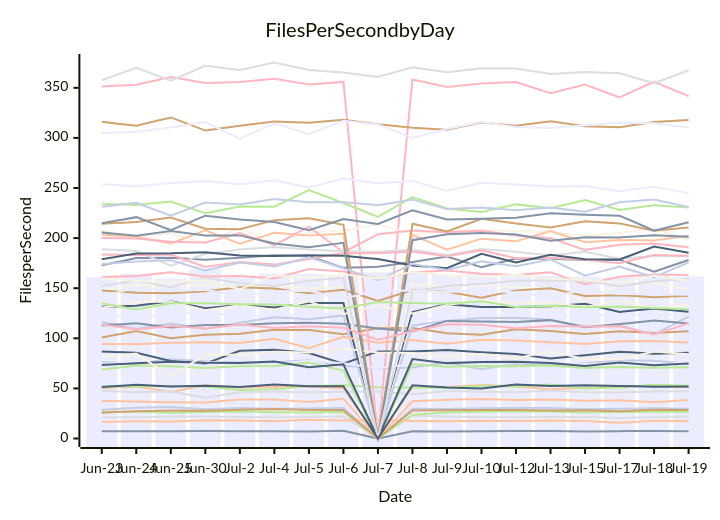
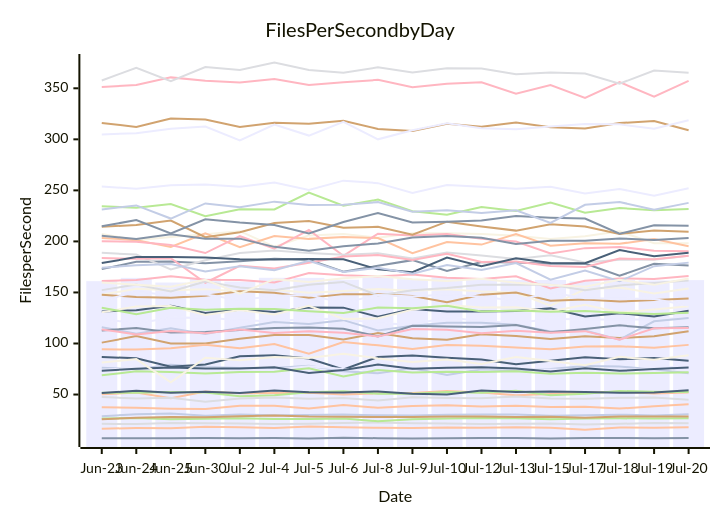
The diagram in perf-report.md (streetsidesoftware/cspell), drawn with Mermaid before and after one commit. The commit also changed other lines of this file and 1 other file, not shown here.

````diff
--- a/perf-report.md
+++ b/perf-report.md
@@ -10,57 +10,57 @@
 ```mermaid
 xychart-beta
     title Files Per Second by Day
     y-axis Files per Second
-    x-axis Date [Jun-23, Jun-24, Jun-25, Jun-30, Jul-2, Jul-4, Jul-5, Jul-6, Jul-7, Jul-8, Jul-9, Jul-10, Jul-12, Jul-13, Jul-15, Jul-17, Jul-18, Jul-19]
-    bar [161.06, 164.28, 159.75, 168.95, 160.66, 164.38, 164.27, 162.48, 165.90, 164.83, 163.05, 164.68, 163.19, 162.43, 161.66, 160.81, 162.11, 161.80]
-    line [7.12, 7.22, 7.17, 7.37, 7.23, 7.36, 6.99, 7.61, 0.00, 7.24, 7.01, 7.27, 7.49, 7.49, 6.93, 7.35, 7.41, 7.13]
-    line [50.23, 51.87, 46.40, 53.06, 51.19, 51.40, 51.86, 50.10, 0.00, 51.21, 51.39, 53.37, 51.98, 49.24, 50.53, 52.10, 52.76, 51.07]
-    line [21.30, 21.15, 22.00, 21.90, 21.51, 21.13, 21.43, 22.00, 0.00, 22.72, 21.87, 21.57, 21.20, 21.36, 21.51, 20.58, 21.30, 22.19]
-    line [51.73, 51.82, 52.39, 52.00, 48.43, 49.22, 52.34, 53.26, 51.10, 50.86, 50.66, 52.36, 51.79, 53.82, 50.00, 50.85, 53.53, 52.69]
-    line [100.84, 107.27, 100.09, 103.62, 104.63, 108.43, 108.27, 103.96, 110.08, 110.20, 105.06, 103.60, 109.02, 107.38, 104.33, 107.04, 105.42, 107.07]
-    line [76.22, 74.88, 79.14, 76.99, 75.88, 76.09, 78.08, 72.78, 69.82, 70.79, 75.77, 69.10, 74.66, 73.66, 75.08, 77.97, 77.53, 74.65]
-    line [351.35, 353.13, 360.69, 354.83, 355.80, 359.03, 353.22, 355.88, 0.00, 358.26, 350.93, 354.34, 355.82, 344.62, 353.27, 340.52, 356.06, 341.72]
-    line [131.39, 132.60, 136.92, 129.95, 133.16, 130.87, 135.23, 135.13, 0.00, 126.22, 133.87, 131.35, 131.34, 131.95, 134.40, 126.35, 129.62, 126.47]
-    line [207.28, 201.26, 204.34, 194.65, 210.00, 194.85, 205.89, 207.36, 213.92, 203.52, 207.94, 208.03, 207.20, 205.62, 202.63, 205.11, 209.83, 198.16]
-    line [124.29, 119.55, 125.16, 125.39, 122.70, 121.73, 124.30, 123.97, 0.00, 119.80, 118.70, 125.49, 121.97, 119.76, 122.93, 123.39, 123.52, 123.46]
-    line [172.84, 180.05, 180.38, 178.52, 180.47, 182.90, 182.10, 170.31, 171.39, 176.15, 181.65, 170.98, 179.72, 179.37, 178.07, 178.35, 166.36, 178.14]
-    line [203.46, 201.26, 194.60, 207.89, 194.40, 205.29, 202.49, 204.26, 0.00, 203.31, 188.55, 199.47, 196.87, 207.15, 195.83, 198.09, 197.68, 202.31]
-    line [47.61, 46.18, 46.86, 40.79, 46.17, 47.03, 45.86, 46.70, 46.74, 44.23, 47.36, 46.58, 46.27, 47.99, 46.18, 45.89, 46.88, 47.09]
-    line [26.60, 26.95, 25.71, 26.35, 26.84, 26.11, 26.06, 26.52, 0.00, 23.76, 25.86, 26.61, 27.13, 26.83, 25.90, 26.40, 26.69, 26.50]
-    line [316.02, 312.10, 320.45, 307.34, 312.08, 316.35, 315.20, 318.22, 313.66, 310.11, 308.24, 315.35, 312.26, 316.54, 311.74, 310.63, 315.98, 317.85]
-    line [116.01, 109.65, 114.81, 109.29, 115.47, 121.09, 119.06, 122.86, 0.00, 112.77, 117.49, 120.30, 120.41, 118.48, 111.84, 112.66, 103.82, 121.72]
-    line [200.19, 199.73, 196.39, 195.67, 205.11, 192.90, 211.35, 185.93, 203.88, 207.58, 205.87, 207.35, 202.66, 199.84, 188.27, 193.42, 194.63, 190.82]
-    line [86.88, 85.49, 77.34, 74.76, 87.51, 88.59, 85.26, 74.62, 86.95, 86.80, 88.24, 86.00, 84.39, 79.74, 83.17, 86.61, 84.55, 85.67]
-    line [130.59, 136.24, 136.67, 127.99, 132.91, 128.52, 136.97, 123.97, 132.77, 124.67, 133.15, 137.66, 135.26, 135.39, 131.25, 137.83, 130.35, 133.37]
-    line [74.26, 76.13, 73.45, 76.23, 74.07, 74.35, 77.62, 75.07, 70.03, 74.46, 78.13, 73.01, 75.98, 75.26, 74.39, 74.57, 72.87, 76.84]
-    line [112.71, 115.12, 110.67, 113.20, 113.18, 115.07, 115.63, 114.45, 109.79, 106.87, 117.37, 116.66, 116.21, 118.14, 111.02, 114.16, 117.75, 114.86]
-    line [94.35, 94.02, 95.44, 96.15, 95.34, 99.55, 90.07, 101.41, 95.54, 98.21, 94.52, 98.50, 97.78, 96.17, 94.33, 97.04, 97.24, 95.75]
-    line [188.80, 187.17, 172.53, 184.06, 188.67, 191.18, 188.53, 186.82, 186.30, 188.38, 183.25, 189.14, 186.31, 182.67, 186.39, 179.31, 182.07, 181.92]
-    line [234.34, 233.01, 236.58, 224.78, 231.59, 231.28, 247.94, 235.03, 221.17, 240.95, 229.51, 226.18, 233.66, 229.73, 238.10, 228.16, 232.72, 230.57]
-    line [214.37, 216.02, 220.47, 209.37, 208.94, 217.94, 219.88, 213.33, 0.00, 214.36, 206.61, 219.33, 214.62, 210.58, 216.81, 214.69, 207.39, 210.58]
-    line [28.80, 30.64, 31.41, 29.25, 30.37, 29.62, 29.89, 30.35, 0.00, 29.68, 29.34, 30.24, 30.35, 30.53, 29.15, 29.59, 30.29, 29.57]
-    line [183.71, 182.95, 183.62, 171.28, 176.05, 173.54, 179.14, 185.15, 184.99, 186.71, 181.92, 187.82, 179.82, 180.43, 178.37, 174.98, 183.26, 182.49]
-    line [178.80, 184.67, 184.84, 185.79, 182.56, 182.17, 182.82, 182.50, 179.12, 172.62, 169.88, 184.28, 175.71, 183.39, 178.90, 178.60, 191.51, 185.47]
-    line [147.83, 153.51, 152.15, 153.26, 150.82, 152.56, 149.61, 151.37, 0.00, 153.34, 151.79, 153.10, 150.91, 149.71, 136.98, 153.14, 154.96, 149.05]
-    line [304.83, 306.07, 310.41, 315.81, 298.93, 314.56, 303.69, 317.11, 313.48, 300.01, 308.91, 315.76, 310.85, 309.84, 312.53, 315.03, 314.69, 310.30]
-    line [214.79, 220.92, 207.92, 222.39, 218.49, 216.06, 207.77, 218.95, 214.11, 227.80, 218.56, 219.23, 220.42, 224.78, 223.29, 222.43, 207.49, 215.75]
-    line [16.59, 17.11, 17.00, 18.16, 17.94, 17.30, 18.64, 18.07, 18.36, 17.45, 17.16, 17.77, 17.48, 17.96, 17.52, 15.60, 17.77, 17.44]
-    line [357.60, 370.08, 357.07, 371.96, 367.90, 375.27, 367.85, 365.20, 360.83, 370.59, 365.59, 369.56, 369.35, 363.79, 365.85, 364.51, 354.54, 367.49]
-    line [68.82, 72.77, 72.13, 70.38, 72.17, 72.40, 75.76, 67.72, 0.00, 74.05, 71.58, 72.37, 72.08, 72.80, 70.30, 71.38, 70.52, 71.04]
-    line [147.78, 145.47, 144.87, 146.87, 151.06, 149.73, 144.88, 148.36, 137.35, 148.23, 146.43, 140.41, 147.84, 149.86, 142.29, 143.07, 141.02, 142.51]
-    line [231.36, 235.26, 222.40, 235.59, 233.45, 238.97, 235.75, 235.89, 232.86, 238.48, 229.00, 230.57, 227.85, 230.59, 226.26, 235.84, 238.63, 231.13]
-    line [161.29, 162.24, 165.87, 161.72, 162.26, 159.82, 169.05, 166.75, 159.60, 165.64, 167.61, 164.48, 163.07, 165.84, 153.93, 161.48, 163.65, 163.25]
-    line [73.34, 75.14, 76.59, 75.51, 75.45, 76.79, 71.21, 73.99, 0.00, 79.33, 75.23, 76.27, 76.63, 75.41, 72.48, 75.77, 73.22, 74.96]
-    line [81.29, 84.76, 61.88, 83.73, 83.48, 86.69, 85.83, 89.91, 85.92, 85.41, 81.93, 84.31, 79.99, 86.85, 79.35, 78.74, 86.89, 84.13]
-    line [253.77, 251.67, 255.05, 257.07, 253.64, 257.67, 250.47, 259.54, 254.67, 257.07, 247.35, 255.25, 253.55, 251.59, 252.00, 246.87, 251.37, 244.82]
-    line [205.60, 202.43, 207.02, 202.54, 202.72, 194.67, 190.86, 195.33, 0.00, 197.97, 203.94, 205.22, 203.61, 197.40, 200.74, 200.72, 202.94, 201.36]
-    line [37.48, 36.99, 36.10, 35.86, 38.94, 38.99, 36.38, 39.71, 0.00, 37.09, 38.73, 39.43, 38.35, 38.90, 37.77, 38.11, 36.22, 38.46]
-    line [152.29, 157.67, 151.07, 160.69, 154.94, 152.23, 157.47, 160.32, 0.00, 147.14, 152.12, 154.25, 157.55, 157.57, 157.54, 152.05, 156.89, 159.37]
-    line [135.01, 128.78, 135.00, 135.05, 134.05, 133.73, 131.56, 129.78, 136.12, 135.18, 134.44, 136.88, 131.27, 132.43, 131.04, 131.83, 130.19, 128.92]
-    line [25.82, 27.29, 28.03, 27.82, 28.74, 29.48, 28.36, 28.34, 0.00, 27.98, 28.10, 28.43, 28.38, 28.02, 28.20, 27.23, 28.58, 28.56]
-    line [174.24, 176.57, 177.80, 167.68, 175.75, 171.75, 180.95, 169.97, 158.13, 174.21, 168.28, 176.77, 172.02, 178.72, 162.59, 171.56, 160.94, 175.73]
-    line [113.71, 108.86, 112.34, 109.73, 113.68, 110.37, 111.97, 110.64, 98.54, 106.95, 114.12, 113.53, 110.15, 112.38, 111.90, 112.10, 103.78, 114.93]
-    line [51.44, 53.68, 51.84, 52.69, 51.50, 53.98, 52.25, 52.09, 0.00, 53.03, 50.88, 50.01, 53.83, 52.41, 53.08, 52.40, 51.77, 52.01]
-    line [159.81, 157.56, 155.70, 158.25, 148.90, 163.02, 160.27, 163.84, 159.78, 166.09, 162.99, 161.12, 163.50, 159.47, 158.31, 155.54, 162.49, 157.44]
-    line [141.81, 150.65, 147.20, 148.34, 142.33, 146.88, 147.38, 139.67, 147.57, 147.61, 146.15, 148.02, 145.81, 141.78, 148.18, 144.29, 144.20, 143.50]
+    x-axis Date [Jun-23, Jun-24, Jun-25, Jun-30, Jul-2, Jul-4, Jul-5, Jul-6, Jul-8, Jul-9, Jul-10, Jul-12, Jul-13, Jul-15, Jul-17, Jul-18, Jul-19, Jul-20]
+    bar [161.06, 164.28, 159.75, 163.65, 160.66, 164.38, 164.27, 162.48, 164.83, 163.05, 164.68, 163.19, 162.43, 162.24, 160.81, 162.11, 161.80, 162.06]
+    line [7.12, 7.22, 7.17, 7.37, 7.23, 7.36, 6.99, 7.61, 7.24, 7.01, 7.27, 7.49, 7.49, 6.93, 7.35, 7.41, 7.13, 7.40]
+    line [50.23, 51.87, 46.40, 53.06, 51.19, 51.40, 51.86, 50.10, 51.21, 51.39, 53.37, 51.98, 49.24, 50.53, 52.10, 52.76, 51.07, 52.03]
+    line [21.30, 21.15, 22.00, 21.90, 21.51, 21.13, 21.43, 22.00, 22.72, 21.87, 21.57, 21.20, 21.36, 21.51, 20.58, 21.30, 22.19, 21.93]
+    line [51.73, 51.82, 52.39, 52.00, 48.43, 49.22, 52.34, 53.26, 50.86, 50.66, 52.36, 51.79, 53.82, 49.25, 50.85, 53.53, 52.69, 52.37]
+    line [100.84, 107.27, 100.09, 99.90, 104.63, 108.43, 108.27, 103.96, 110.20, 105.06, 103.60, 109.02, 107.38, 104.33, 107.04, 105.42, 107.07, 112.10]
+    line [76.22, 74.88, 79.14, 76.89, 75.88, 76.09, 78.08, 72.78, 70.79, 75.77, 69.10, 74.66, 73.66, 75.08, 77.97, 77.53, 74.65, 70.87]
+    line [351.35, 353.13, 360.69, 357.30, 355.80, 359.03, 353.22, 355.88, 358.26, 350.93, 354.34, 355.82, 344.62, 353.27, 340.52, 356.06, 341.72, 357.33]
+    line [131.39, 132.60, 136.92, 129.95, 133.16, 130.87, 135.23, 135.13, 126.22, 133.87, 131.35, 131.34, 131.95, 134.40, 126.35, 129.62, 126.47, 132.06]
+    line [207.28, 201.26, 204.34, 206.96, 210.00, 194.85, 205.89, 207.36, 203.52, 207.94, 208.03, 207.20, 205.62, 202.48, 205.11, 209.83, 198.16, 198.18]
+    line [124.29, 119.55, 125.16, 125.39, 122.70, 121.73, 124.30, 123.97, 119.80, 118.70, 125.49, 121.97, 119.76, 124.17, 123.39, 123.52, 123.46, 125.44]
+    line [172.84, 180.05, 180.38, 178.52, 180.47, 182.90, 182.10, 170.31, 176.15, 181.65, 170.98, 179.72, 179.37, 178.07, 178.35, 166.36, 178.14, 176.38]
+    line [203.46, 201.26, 194.60, 207.89, 194.40, 205.29, 202.49, 204.26, 203.31, 188.55, 199.47, 196.87, 207.15, 195.83, 198.09, 197.68, 202.31, 195.34]
+    line [47.61, 46.18, 46.86, 42.95, 46.17, 47.03, 45.86, 46.70, 44.23, 47.36, 46.58, 46.27, 47.99, 46.18, 45.89, 46.88, 47.09, 44.79]
+    line [26.60, 26.95, 25.71, 26.35, 26.84, 26.11, 26.06, 26.52, 23.76, 25.86, 26.61, 27.13, 26.83, 25.90, 26.40, 26.69, 26.50, 26.68]
+    line [316.02, 312.10, 320.45, 319.52, 312.08, 316.35, 315.20, 318.22, 310.11, 308.24, 315.35, 312.26, 316.54, 311.74, 310.63, 315.98, 317.85, 308.91]
+    line [116.01, 109.65, 114.81, 109.29, 115.47, 121.09, 119.06, 122.86, 112.77, 117.49, 120.30, 120.41, 118.48, 111.84, 112.66, 103.82, 121.72, 125.06]
+    line [200.19, 199.73, 196.39, 188.60, 205.11, 192.90, 211.35, 185.93, 207.58, 205.87, 207.35, 202.66, 199.84, 188.27, 193.42, 194.63, 190.82, 190.38]
+    line [86.88, 85.49, 77.34, 79.34, 87.51, 88.59, 85.26, 74.62, 86.80, 88.24, 86.00, 84.39, 79.74, 83.17, 86.61, 84.55, 85.67, 83.21]
+    line [130.59, 136.24, 136.67, 127.99, 132.91, 128.52, 136.97, 123.97, 124.67, 133.15, 137.66, 135.26, 135.39, 131.25, 137.83, 130.35, 133.37, 136.56]
+    line [74.26, 76.13, 73.45, 76.23, 74.07, 74.35, 77.62, 75.07, 74.46, 78.13, 73.01, 75.98, 75.26, 74.39, 74.57, 72.87, 76.84, 77.06]
+    line [112.71, 115.12, 110.67, 111.22, 113.18, 115.07, 115.63, 114.45, 106.87, 117.37, 116.66, 116.21, 118.14, 111.02, 114.16, 117.75, 114.86, 115.86]
+    line [94.35, 94.02, 95.44, 98.76, 95.34, 99.55, 90.07, 101.41, 98.21, 94.52, 98.50, 97.78, 96.17, 94.33, 97.04, 97.24, 95.75, 98.65]
+    line [188.80, 187.17, 172.53, 181.62, 188.67, 191.18, 188.53, 186.82, 188.38, 183.25, 189.14, 186.31, 182.67, 186.39, 179.31, 182.07, 181.92, 186.02]
+    line [234.34, 233.01, 236.58, 224.78, 231.59, 231.28, 247.94, 235.03, 240.95, 229.51, 226.18, 233.66, 229.73, 238.10, 228.16, 232.72, 230.57, 231.69]
+    line [214.37, 216.02, 220.47, 204.16, 208.94, 217.94, 219.88, 213.33, 214.36, 206.61, 219.33, 214.62, 210.58, 216.81, 214.69, 207.39, 210.58, 209.41]
+    line [28.80, 30.64, 31.41, 29.25, 30.37, 29.62, 29.89, 30.35, 29.68, 29.34, 30.24, 30.35, 30.53, 29.15, 29.59, 30.29, 29.57, 30.79]
+    line [183.71, 182.95, 183.62, 159.53, 176.05, 173.54, 179.14, 185.15, 186.71, 181.92, 187.82, 179.82, 180.43, 176.01, 174.98, 183.26, 182.49, 186.01]
+    line [178.80, 184.67, 184.84, 184.14, 182.56, 182.17, 182.82, 182.50, 172.62, 169.88, 184.28, 175.71, 183.39, 178.90, 178.60, 191.51, 185.47, 188.78]
+    line [147.83, 153.51, 152.15, 153.26, 150.82, 152.56, 149.61, 151.37, 153.34, 151.79, 153.10, 150.91, 149.71, 136.98, 153.14, 154.96, 149.05, 153.93]
+    line [304.83, 306.07, 310.41, 312.54, 298.93, 314.56, 303.69, 317.11, 300.01, 308.91, 315.76, 310.85, 309.84, 312.53, 315.03, 314.69, 310.30, 318.63]
+    line [214.79, 220.92, 207.92, 221.76, 218.49, 216.06, 207.77, 218.95, 227.80, 218.56, 219.23, 220.42, 224.78, 223.29, 222.43, 207.49, 215.75, 215.27]
+    line [16.59, 17.11, 17.00, 18.49, 17.94, 17.30, 18.64, 18.07, 17.45, 17.16, 17.77, 17.48, 17.96, 17.52, 15.60, 17.77, 17.44, 17.91]
+    line [357.60, 370.08, 357.07, 370.89, 367.90, 375.27, 367.85, 365.20, 370.59, 365.59, 369.56, 369.35, 363.79, 365.39, 364.51, 354.54, 367.49, 365.21]
+    line [68.82, 72.77, 72.13, 70.54, 72.17, 72.40, 75.76, 67.72, 74.05, 71.58, 72.37, 72.08, 72.80, 70.30, 71.38, 70.52, 71.04, 71.85]
+    line [147.78, 145.47, 144.87, 146.87, 151.06, 149.73, 144.88, 148.36, 148.23, 146.43, 140.41, 147.84, 149.86, 141.85, 143.07, 141.02, 142.51, 144.19]
+    line [231.36, 235.26, 222.40, 237.23, 233.45, 238.97, 235.75, 235.89, 238.48, 229.00, 230.57, 227.85, 230.59, 218.19, 235.84, 238.63, 231.13, 237.75]
+    line [161.29, 162.24, 165.87, 162.55, 162.26, 159.82, 169.05, 166.75, 165.64, 167.61, 164.48, 163.07, 165.84, 153.93, 161.48, 163.65, 163.25, 166.12]
+    line [73.34, 75.14, 76.59, 75.51, 75.45, 76.79, 71.21, 73.99, 79.33, 75.23, 76.27, 76.63, 75.41, 72.48, 75.77, 73.22, 74.96, 76.48]
+    line [81.29, 84.76, 61.88, 86.02, 83.48, 86.69, 85.83, 89.91, 85.41, 81.93, 84.31, 79.99, 86.85, 82.81, 78.74, 86.89, 84.13, 88.55]
+    line [253.77, 251.67, 255.05, 255.76, 253.64, 257.67, 250.47, 259.54, 257.07, 247.35, 255.25, 253.55, 251.59, 253.64, 246.87, 251.37, 244.82, 252.07]
+    line [205.60, 202.43, 207.02, 202.54, 202.72, 194.67, 190.86, 195.33, 197.97, 203.94, 205.22, 203.61, 197.40, 200.74, 200.72, 202.94, 201.36, 203.41]
+    line [37.48, 36.99, 36.10, 35.86, 38.94, 38.99, 36.38, 39.71, 37.09, 38.73, 39.43, 38.35, 38.90, 37.77, 38.11, 36.22, 38.46, 40.59]
+    line [152.29, 157.67, 151.07, 160.69, 154.94, 152.23, 157.47, 160.32, 147.14, 152.12, 154.25, 157.55, 157.57, 157.54, 152.05, 156.89, 159.37, 161.80]
+    line [135.01, 128.78, 135.00, 133.08, 134.05, 133.73, 131.56, 129.78, 135.18, 134.44, 136.88, 131.27, 132.43, 131.04, 131.83, 130.19, 128.92, 130.07]
+    line [25.82, 27.29, 28.03, 27.82, 28.74, 29.48, 28.36, 28.34, 27.98, 28.10, 28.43, 28.38, 28.02, 28.20, 27.23, 28.58, 28.56, 28.41]
+    line [174.24, 176.57, 177.80, 170.49, 175.75, 171.75, 180.95, 169.97, 174.21, 168.28, 176.77, 172.02, 178.72, 162.59, 171.56, 160.94, 175.73, 179.22]
+    line [113.71, 108.86, 112.34, 110.15, 113.68, 110.37, 111.97, 110.64, 106.95, 114.12, 113.53, 110.15, 112.38, 110.43, 112.10, 103.78, 114.93, 115.14]
+    line [51.44, 53.68, 51.84, 52.69, 51.50, 53.98, 52.25, 52.09, 53.03, 50.88, 50.01, 53.83, 52.41, 53.08, 52.40, 51.77, 52.01, 54.31]
+    line [159.81, 157.56, 155.70, 162.47, 148.90, 163.02, 160.27, 163.84, 166.09, 162.99, 161.12, 163.50, 159.47, 157.31, 155.54, 162.49, 157.44, 163.69]
+    line [141.81, 150.65, 147.20, 148.34, 142.33, 146.88, 147.38, 139.67, 147.61, 146.15, 148.02, 145.81, 141.78, 149.87, 144.29, 144.20, 143.50, 137.23]
 ```
````
